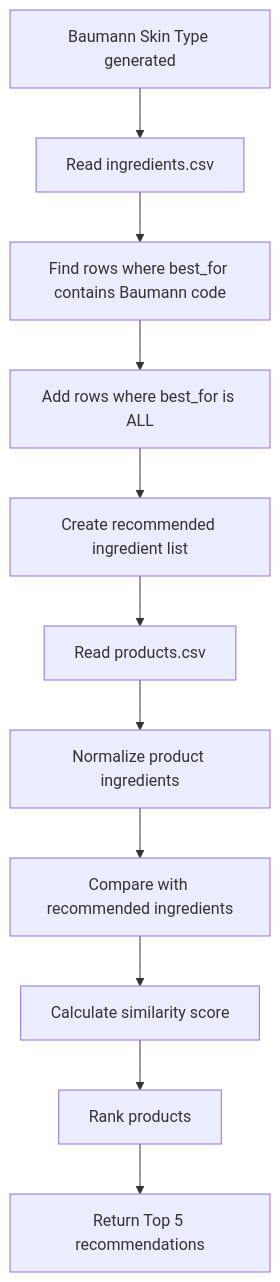
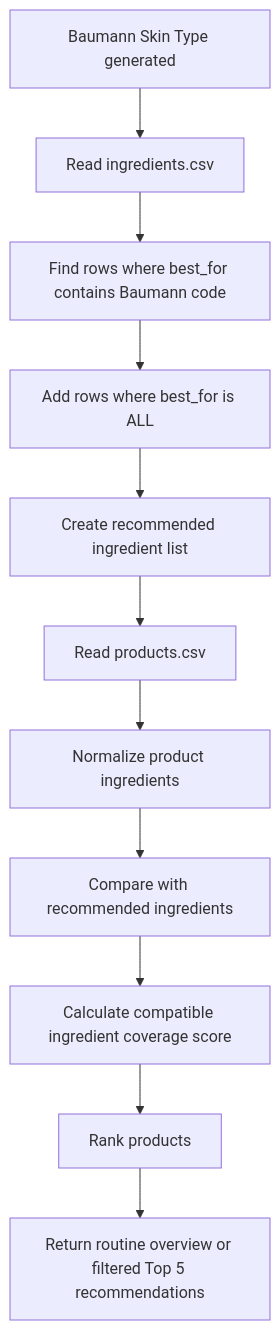
The third of 6 diagrams in PRDv2.md (alzamzann/skin-analyzer-web-app), drawn with Mermaid before and after one commit. The commit also changed other lines of this file and 20 other files, not shown here.

Commit message:
Add categorized routine recommendations and result filtering

````diff
--- a/PRDv2.md
+++ b/PRDv2.md
@@ -332,13 +346,13 @@
 ```mermaid
 flowchart TD
     A[Baumann Skin Type generated] --> B[Read ingredients.csv]
     B --> C[Find rows where best_for contains Baumann code]
     C --> D[Add rows where best_for is ALL]
     D --> E[Create recommended ingredient list]
     E --> F[Read products.csv]
     F --> G[Normalize product ingredients]
     G --> H[Compare with recommended ingredients]
-    H --> I[Calculate similarity score]
+    H --> I[Calculate compatible ingredient coverage score]
     I --> J[Rank products]
-    J --> K[Return Top 5 recommendations]
+    J --> K[Return routine overview or filtered Top 5 recommendations]
 ```
````
